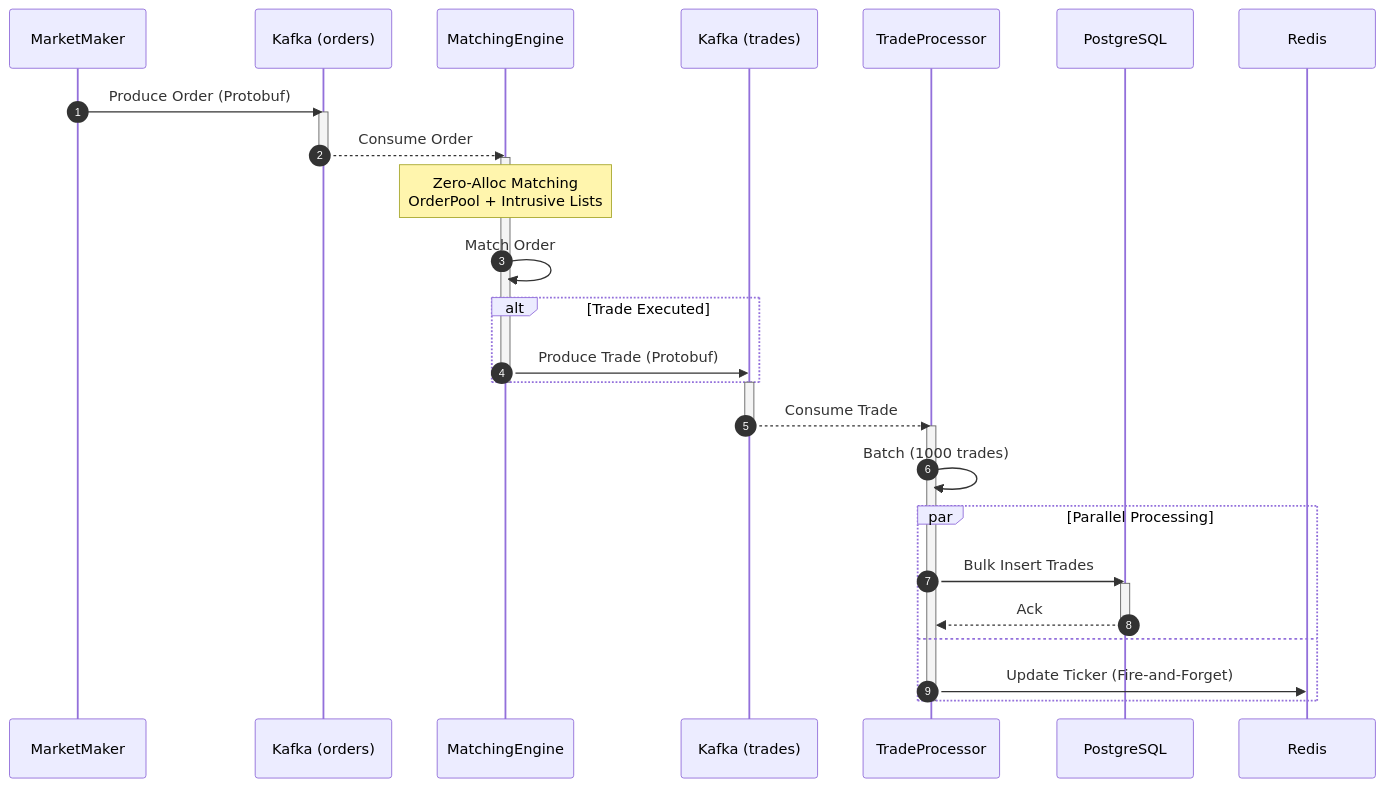
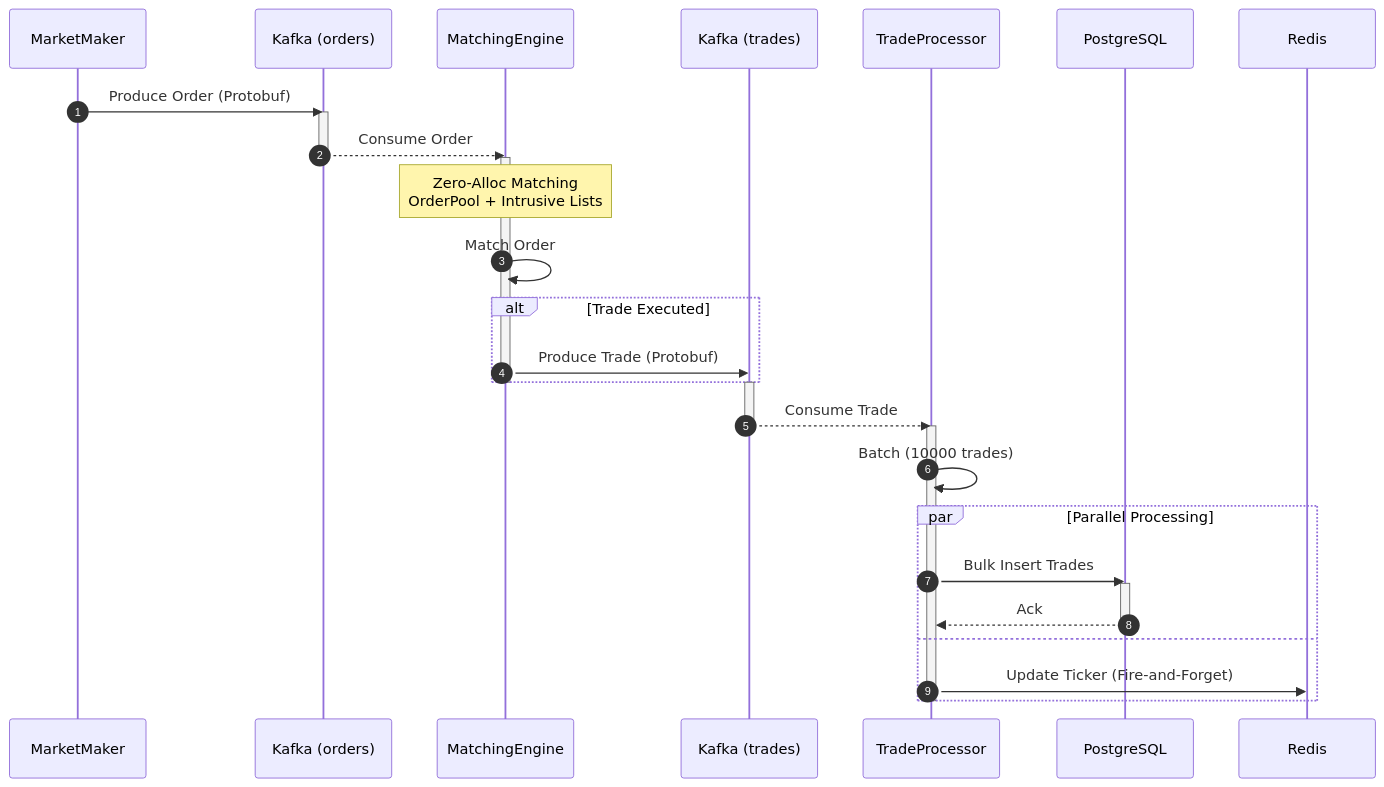
One commit to NikaNats/FalconFx changed the second of 2 diagrams in README.md. Above: the diagram before and after it, drawn with Mermaid. The commit also changed other lines of this file and 1 other file, not shown here.

````diff
--- a/README.md
+++ b/README.md
@@ -75,41 +77,41 @@
 ```mermaid
 sequenceDiagram
     autonumber
     participant MM as MarketMaker
     participant K1 as Kafka (orders)
     participant ME as MatchingEngine
     participant K2 as Kafka (trades)
     participant TP as TradeProcessor
     participant PG as PostgreSQL
     participant RD as Redis
 
     MM->>K1: Produce Order (Protobuf)
     activate K1
     K1-->>ME: Consume Order
     deactivate K1
 
     activate ME
     Note over ME: Zero-Alloc Matching<br/>OrderPool + Intrusive Lists
     ME->>ME: Match Order
     alt Trade Executed
         ME->>K2: Produce Trade (Protobuf)
     end
     deactivate ME
 
     activate K2
     K2-->>TP: Consume Trade
     deactivate K2
 
     activate TP
-    TP->>TP: Batch (1000 trades)
+    TP->>TP: Batch (10000 trades)
 
     par Parallel Processing
         TP->>PG: Bulk Insert Trades
         activate PG
         PG-->>TP: Ack
         deactivate PG
     and
         TP->>RD: Update Ticker (Fire-and-Forget)
     end
     deactivate TP
 ```
````
